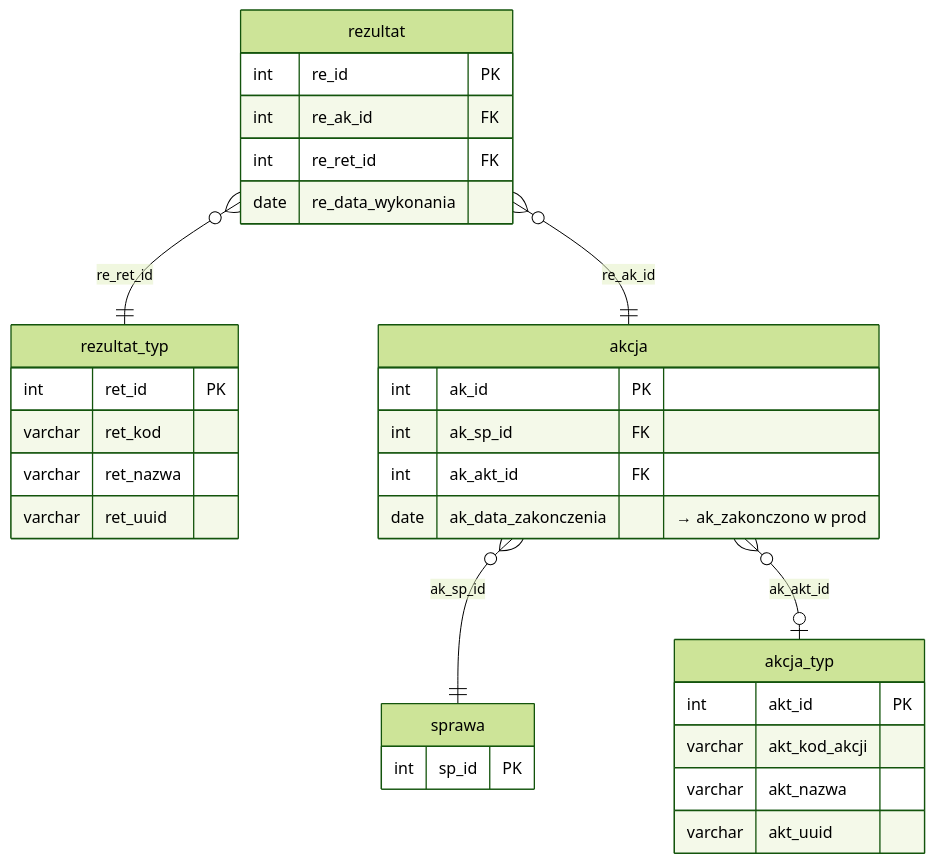
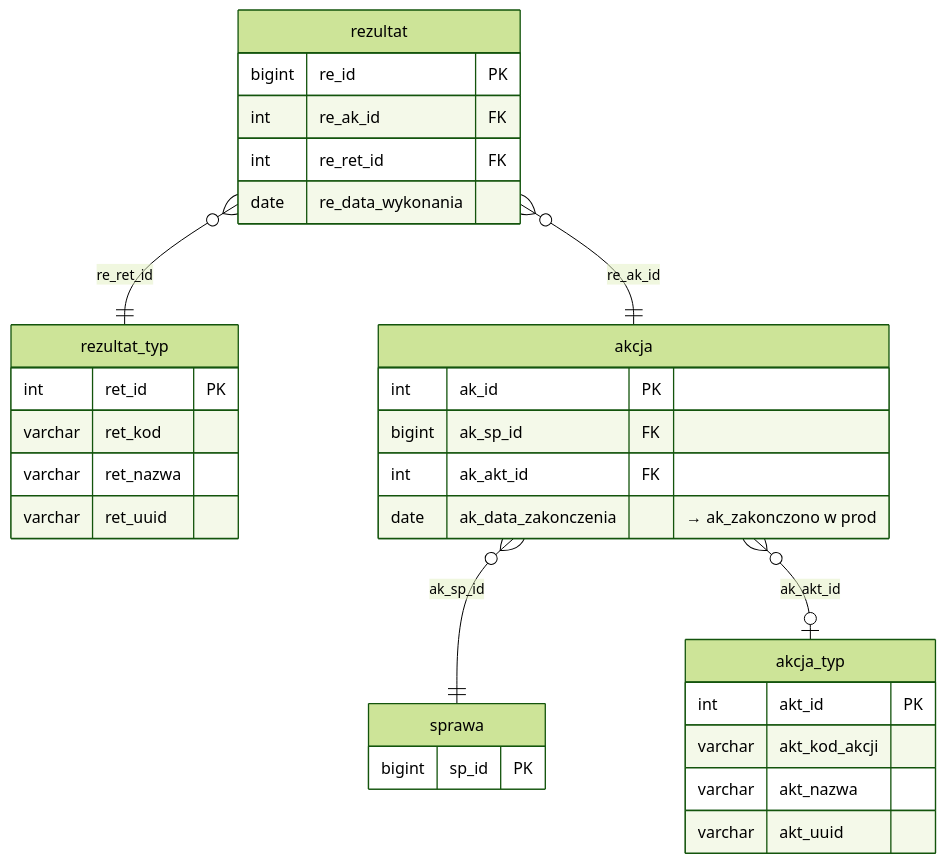
The diagram in docs/struktura-stagingu/akcje.md (oskar-bialek-bakk/intrum-migration-docs), drawn with Mermaid (forest theme) before and after one commit. The commit also changed other lines of this file and 12 other files, not shown here.

````diff
--- a/docs/struktura-stagingu/akcje.md
+++ b/docs/struktura-stagingu/akcje.md
@@ -22,39 +22,39 @@
 ```mermaid
 erDiagram
     sprawa {
-        int     sp_id    PK
+        bigint  sp_id    PK
     }
 
     akcja_typ {
         int     akt_id    PK
         varchar akt_kod_akcji
         varchar akt_nazwa
         varchar akt_uuid
     }
 
     rezultat_typ {
         int     ret_id    PK
         varchar ret_kod
         varchar ret_nazwa
         varchar ret_uuid
     }
 
     akcja {
         int     ak_id                  PK
-        int     ak_sp_id               FK
+        bigint  ak_sp_id               FK
         int     ak_akt_id              FK
         date    ak_data_zakonczenia        "→ ak_zakonczono w prod"
     }
 
     rezultat {
-        int     re_id              PK
+        bigint  re_id              PK
         int     re_ak_id           FK
         int     re_ret_id          FK
         date    re_data_wykonania
     }
 
     akcja    }o--||  sprawa       : "ak_sp_id"
     akcja    }o--o|  akcja_typ    : "ak_akt_id"
     rezultat }o--||  akcja        : "re_ak_id"
     rezultat }o--||  rezultat_typ : "re_ret_id"
 ```
````
